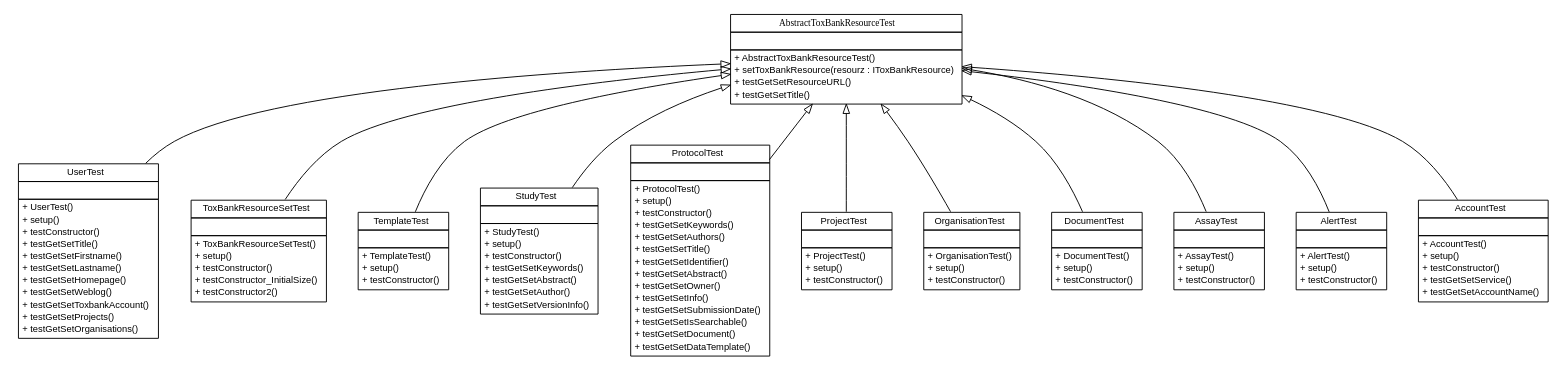
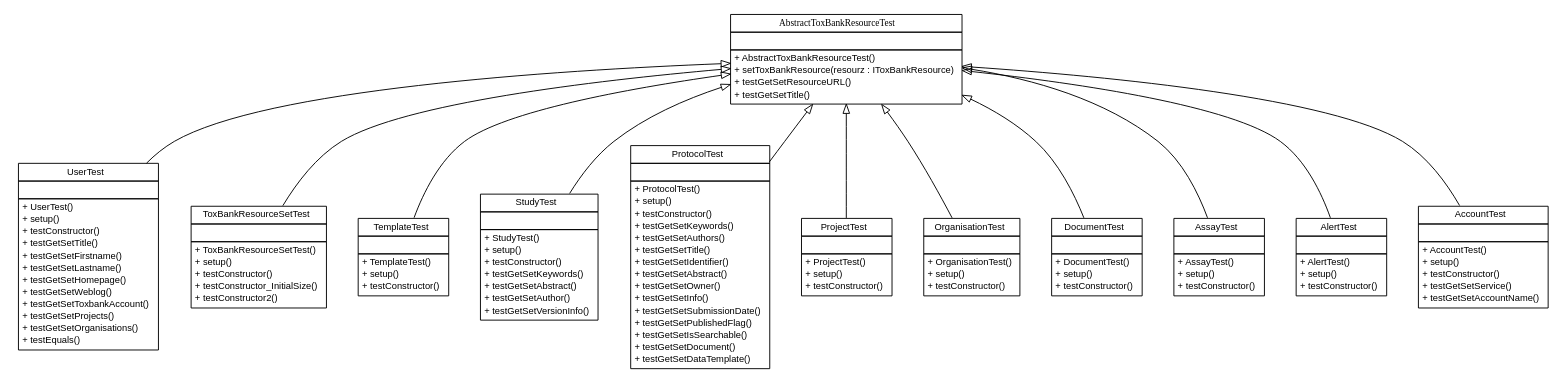
Before and after one commit to ToxBank/toxbank-api-beans: the diagram in testapidocs/net/toxbank/client/resource/net.toxbank.client.resource.dot, drawn with Graphviz. The commit also changed 102 other files, not shown here.

```diff
--- a/testapidocs/net/toxbank/client/resource/net.toxbank.client.resource.dot
+++ b/testapidocs/net/toxbank/client/resource/net.toxbank.client.resource.dot
@@ -27,6 +27,7 @@
 			<tr><td align="left"> + testGetSetToxbankAccount() </td></tr>
 			<tr><td align="left"> + testGetSetProjects() </td></tr>
 			<tr><td align="left"> + testGetSetOrganisations() </td></tr>
+			<tr><td align="left"> + testEquals() </td></tr>
 		</table></td></tr>
 		</table>>, fontname="arial", fontcolor="black", fontsize=10.0];
 	// net.toxbank.client.resource.ToxBankResourceSetTest
@@ -97,6 +98,7 @@
 			<tr><td align="left"> + testGetSetOwner() </td></tr>
 			<tr><td align="left"> + testGetSetInfo() </td></tr>
 			<tr><td align="left"> + testGetSetSubmissionDate() </td></tr>
+			<tr><td align="left"> + testGetSetPublishedFlag() </td></tr>
 			<tr><td align="left"> + testGetSetIsSearchable() </td></tr>
 			<tr><td align="left"> + testGetSetDocument() </td></tr>
 			<tr><td align="left"> + testGetSetDataTemplate() </td></tr>
```
